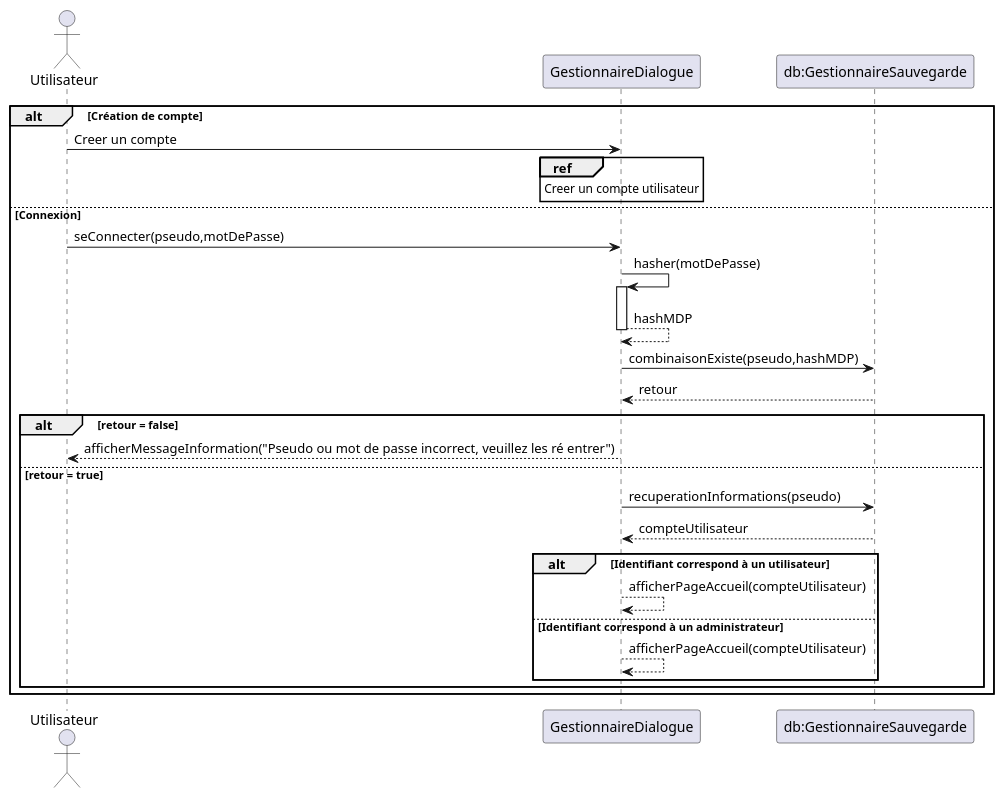
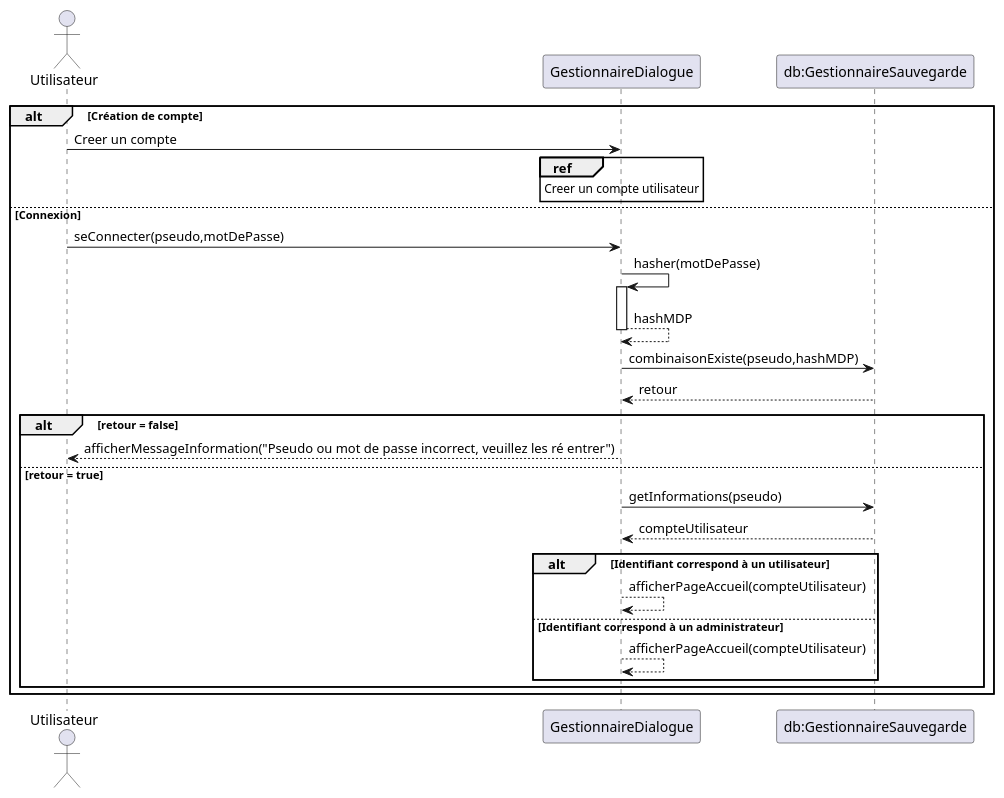
One commit to lmtb06/sharecount changed the diagram in diagrammes/conception/se-connecter-ou-creer-son-compte.puml. Above: the diagram before and after it, drawn with PlantUML. The commit also changed 3 other files, not shown here.

```diff
--- a/diagrammes/conception/se-connecter-ou-creer-son-compte.puml
+++ b/diagrammes/conception/se-connecter-ou-creer-son-compte.puml
@@ -1,38 +1,38 @@
 @startuml Se connecter ou créer son compte
 
 actor "Utilisateur" as us
 participant "GestionnaireDialogue" as gd
 participant "db:GestionnaireSauvegarde" as gs
 
 alt Création de compte
 
 us -> gd : Creer un compte
 ref over gd : Creer un compte utilisateur
 else Connexion
 
 us -> gd : seConnecter(pseudo,motDePasse)
 gd 	-> gd ++: hasher(motDePasse)
 gd 	--> gd --: hashMDP
 gd -> gs : combinaisonExiste(pseudo,hashMDP)
 gs --> gd : retour
 
 alt retour = false
 gd --> us : afficherMessageInformation("Pseudo ou mot de passe incorrect, veuillez les ré entrer")
 else retour = true
 
-gd -> gs : recuperationInformations(pseudo)
+gd -> gs : getInformations(pseudo)
 gs --> gd : compteUtilisateur
 
 alt Identifiant correspond à un utilisateur
 gd --> gd : afficherPageAccueil(compteUtilisateur)
 else Identifiant correspond à un administrateur
 
 gd --> gd : afficherPageAccueil(compteUtilisateur)
 
 end
 
 end
 
 end
 
 @enduml
```
